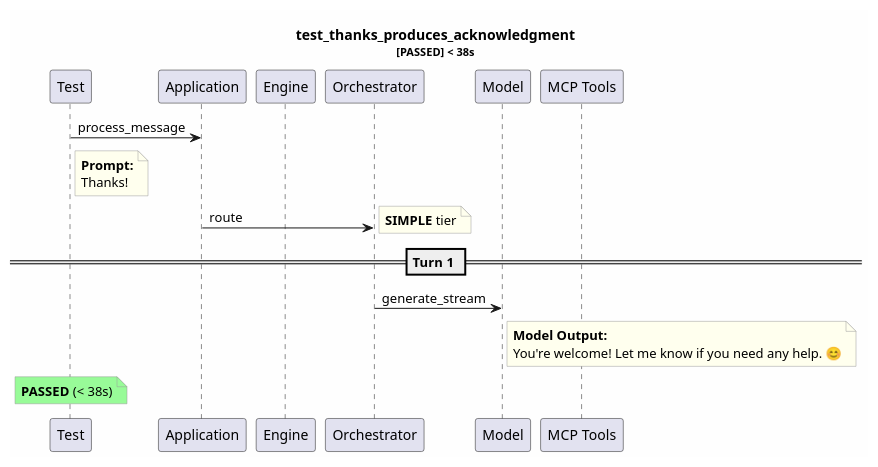
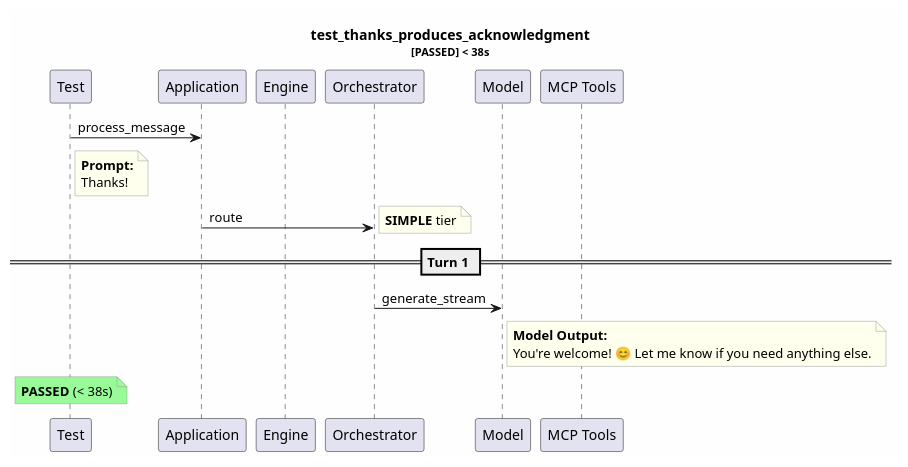
The diagram in test-reports/logs/test_thanks_produces_acknowledgment/test_thanks_produces_acknowledgment.puml (tvanfossen/entropi), drawn with PlantUML before and after one commit. The commit also changed 57 other files, not shown here.

```diff
--- a/test-reports/logs/test_thanks_produces_acknowledgment/test_thanks_produces_acknowledgment.puml
+++ b/test-reports/logs/test_thanks_produces_acknowledgment/test_thanks_produces_acknowledgment.puml
@@ -1,31 +1,31 @@
 @startuml
 skinparam backgroundColor #FEFEFE
 skinparam noteBorderColor #999999
 skinparam noteBackgroundColor #FFFFEE
 title test_thanks_produces_acknowledgment\n<size:11>[PASSED] < 38s</size>
 
 participant "Test" as T
 participant "Application" as App
 participant "Engine" as Eng
 participant "Orchestrator" as Orch
 participant "Model" as Mdl
 participant "MCP Tools" as MCP
 
 T -> App: process_message
 note right of T
   **Prompt:**
   Thanks!
 end note
 App -> Orch: route
 note right: **SIMPLE** tier
 == Turn 1 ==
 Orch -> Mdl: generate_stream
 note right of Mdl
   **Model Output:**
-  You're welcome! Let me know if you need any help. 😊
+  You're welcome! 😊 Let me know if you need anything else.
 end note
 note over T #palegreen
   **PASSED** (< 38s)
 end note
 
 @enduml
```
